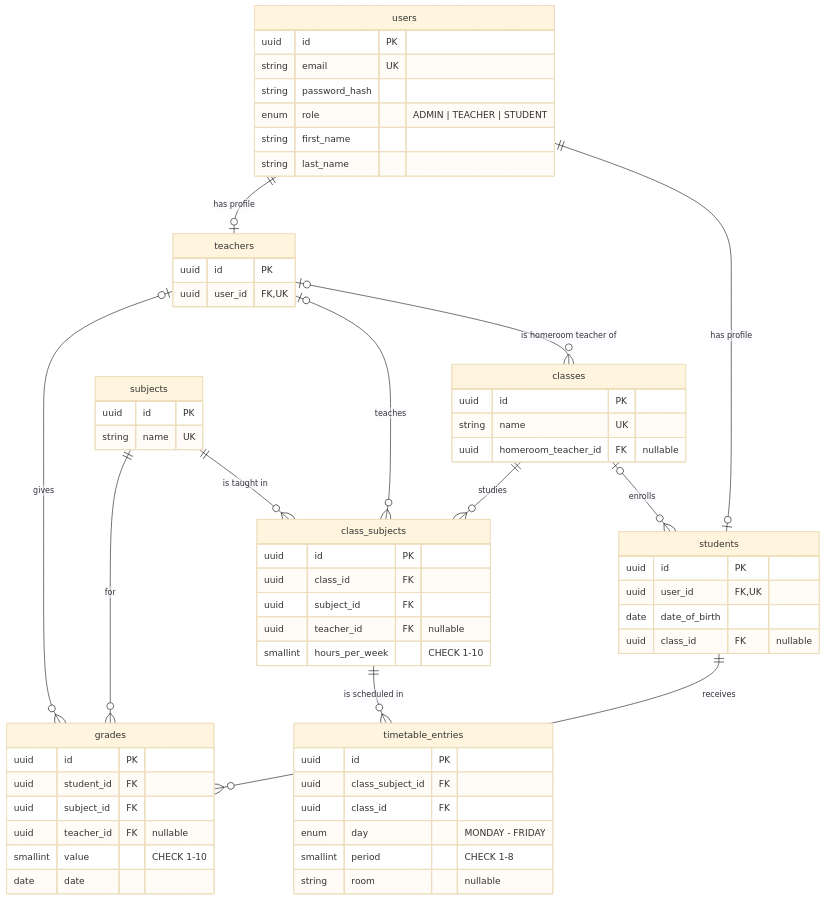
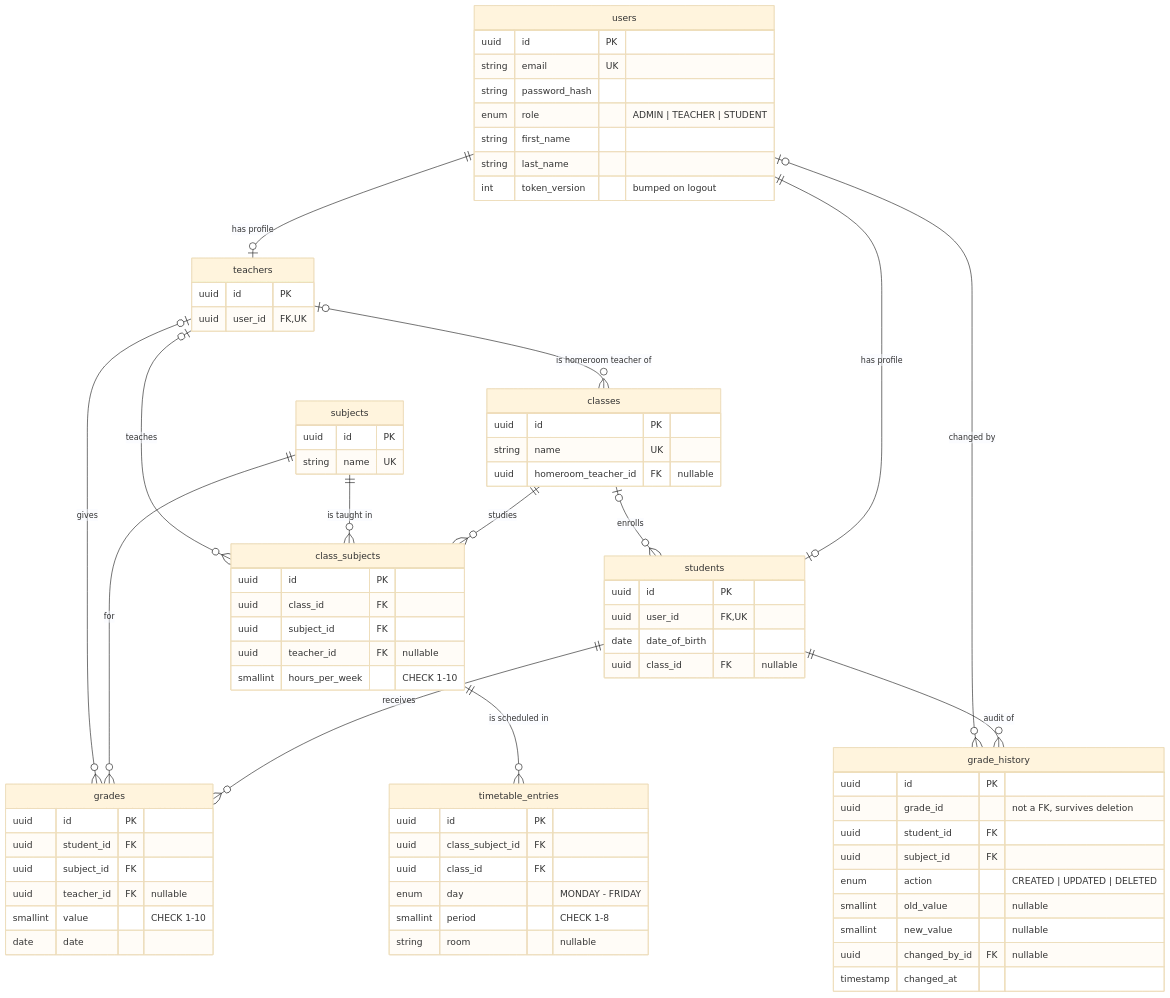
The diagram in README.md (hutanstefan/SchoolManagementSystem), drawn with Mermaid (base theme) before and after one commit. The commit also changed other lines of this file and 34 other files, not shown here.

````diff
--- a/README.md
+++ b/README.md
@@ -79,65 +79,79 @@
 ```mermaid
 erDiagram
     users ||--o| students : "has profile"
     users ||--o| teachers : "has profile"
     teachers |o--o{ classes : "is homeroom teacher of"
     classes |o--o{ students : "enrolls"
     classes ||--o{ class_subjects : "studies"
     subjects ||--o{ class_subjects : "is taught in"
     teachers |o--o{ class_subjects : "teaches"
     class_subjects ||--o{ timetable_entries : "is scheduled in"
     students ||--o{ grades : "receives"
     subjects ||--o{ grades : "for"
     teachers |o--o{ grades : "gives"
+    students ||--o{ grade_history : "audit of"
+    users |o--o{ grade_history : "changed by"
 
     users {
         uuid id PK
         string email UK
         string password_hash
         enum role "ADMIN | TEACHER | STUDENT"
         string first_name
         string last_name
+        int token_version "bumped on logout"
     }
     students {
         uuid id PK
         uuid user_id FK,UK
         date date_of_birth
         uuid class_id FK "nullable"
     }
     teachers {
         uuid id PK
         uuid user_id FK,UK
     }
     classes {
         uuid id PK
         string name UK
         uuid homeroom_teacher_id FK "nullable"
     }
     subjects {
         uuid id PK
         string name UK
     }
     class_subjects {
         uuid id PK
         uuid class_id FK
         uuid subject_id FK
         uuid teacher_id FK "nullable"
         smallint hours_per_week "CHECK 1-10"
     }
     timetable_entries {
         uuid id PK
         uuid class_subject_id FK
         uuid class_id FK
         enum day "MONDAY - FRIDAY"
         smallint period "CHECK 1-8"
         string room "nullable"
     }
     grades {
         uuid id PK
         uuid student_id FK
         uuid subject_id FK
         uuid teacher_id FK "nullable"
         smallint value "CHECK 1-10"
         date date
     }
+    grade_history {
+        uuid id PK
+        uuid grade_id "not a FK, survives deletion"
+        uuid student_id FK
+        uuid subject_id FK
+        enum action "CREATED | UPDATED | DELETED"
+        smallint old_value "nullable"
+        smallint new_value "nullable"
+        uuid changed_by_id FK "nullable"
+        timestamp changed_at
+    }
 ```
````
